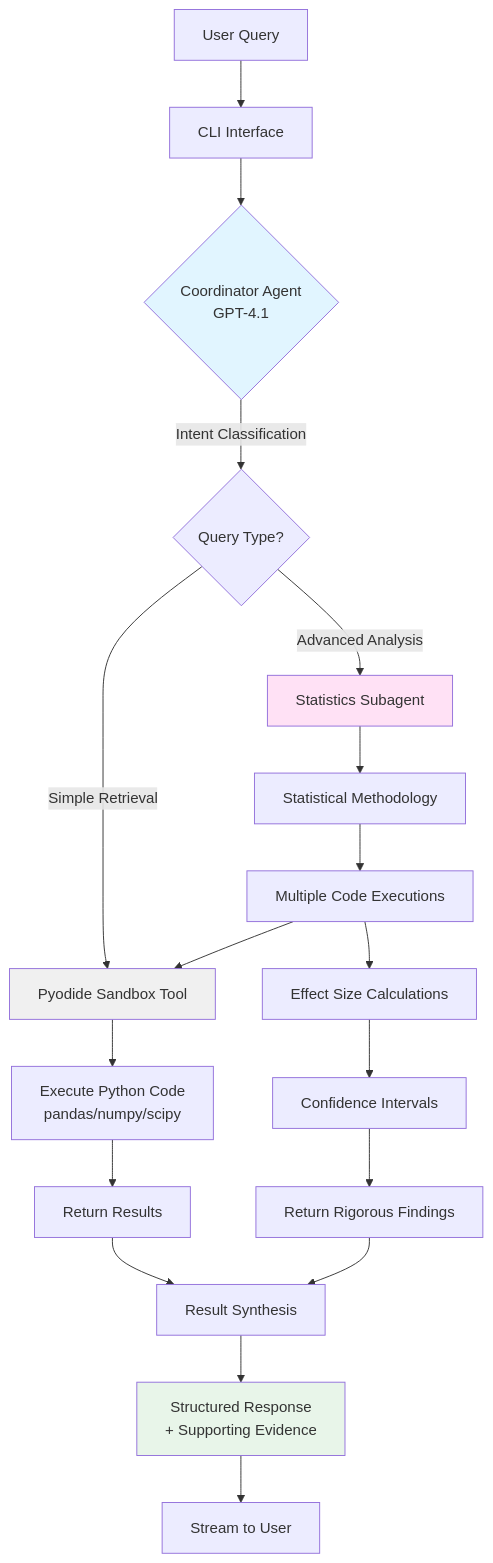
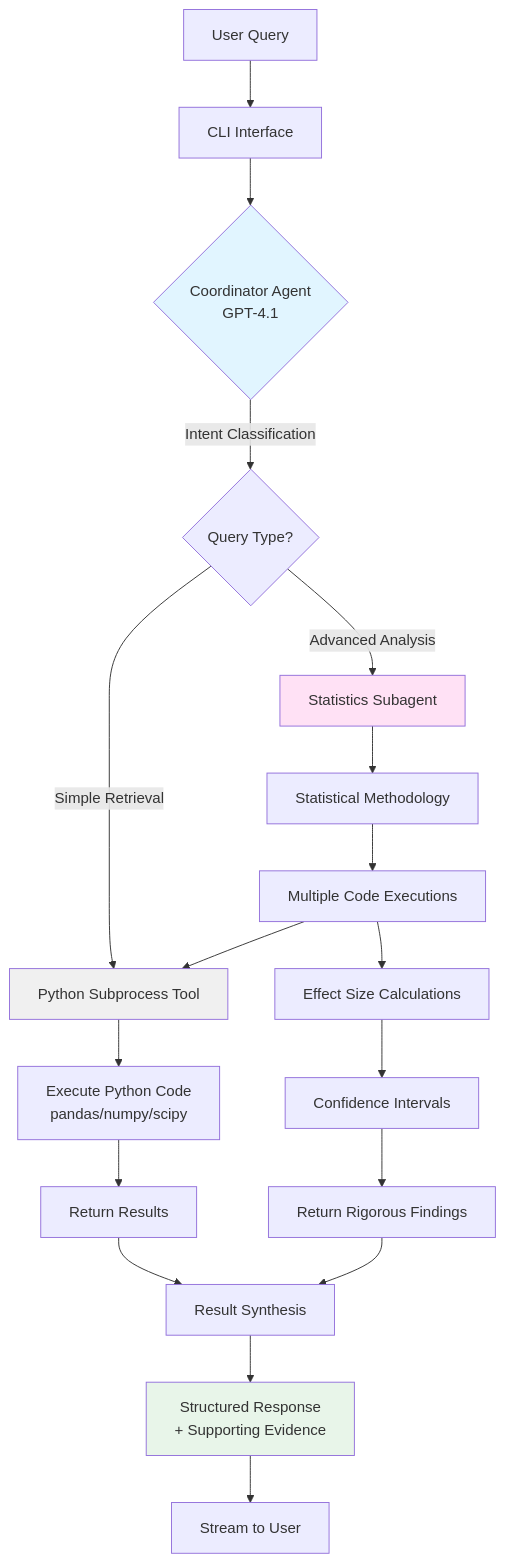
One commit to samon11/synmax-agent changed the first of 3 diagrams in README.md. Above: the diagram before and after it, drawn with Mermaid. The commit also changed other lines of this file and 2 other files, not shown here.

````diff
--- a/README.md
+++ b/README.md
@@ -33,29 +174,29 @@
 ```mermaid
 flowchart TD
     A[User Query] --> B[CLI Interface]
     B --> C{Coordinator Agent<br/>GPT-4.1}
 
     C -->|Intent Classification| D{Query Type?}
 
-    D -->|Simple Retrieval| E[Pyodide Sandbox Tool]
+    D -->|Simple Retrieval| E[Python Subprocess Tool]
     E --> F[Execute Python Code<br/>pandas/numpy/scipy]
     F --> G[Return Results]
 
     D -->|Advanced Analysis| H[Statistics Subagent]
     H --> I[Statistical Methodology]
     I --> J[Multiple Code Executions]
     J --> E
     J --> K[Effect Size Calculations]
     K --> L[Confidence Intervals]
     L --> M[Return Rigorous Findings]
 
     G --> N[Result Synthesis]
     M --> N
     N --> O[Structured Response<br/>+ Supporting Evidence]
     O --> P[Stream to User]
 
     style C fill:#e1f5ff
     style H fill:#ffe1f5
     style E fill:#f0f0f0
     style O fill:#e8f5e9
 ```
````
